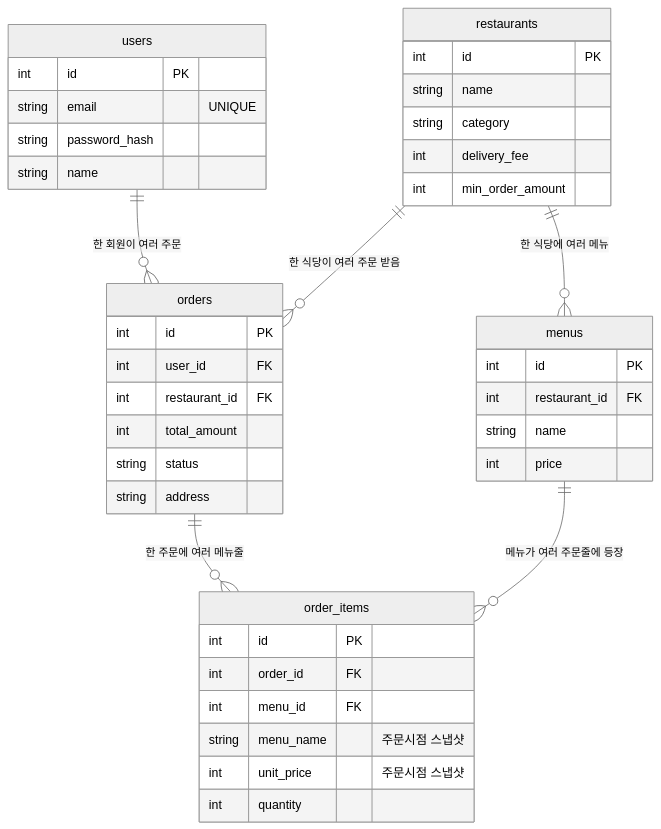
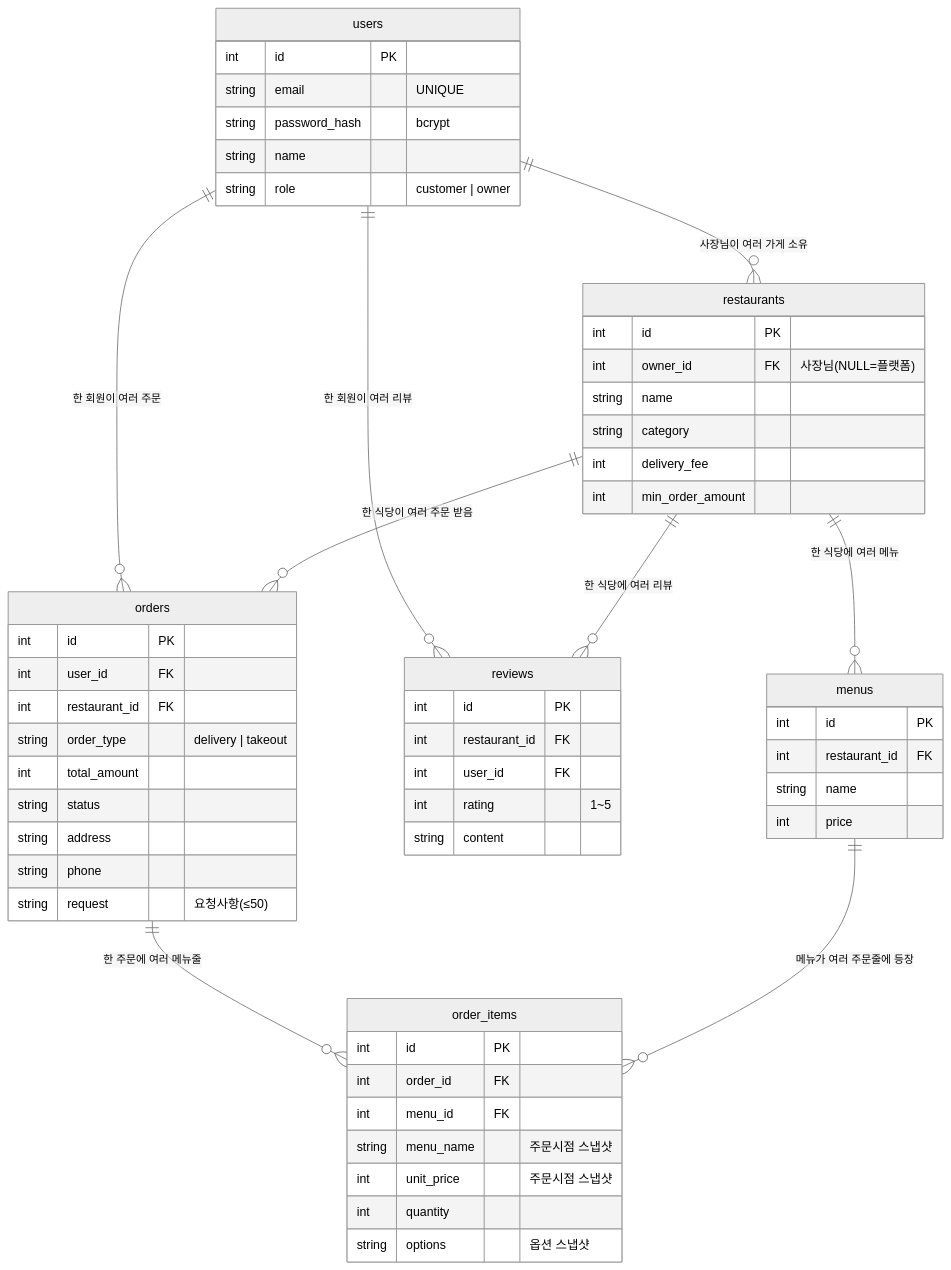
One commit to SeoYunPARKs/deliveryWeb changed the diagram in db/ERD.md. Above: the diagram before and after it, drawn with Mermaid (neutral theme). The commit also changed other lines of this file and 1 other file, not shown here.

Commit message:
docs: README/ERD를 추가 기능(역할/사장님/리뷰/포장/옵션)에 맞게 갱신

````diff
--- a/db/ERD.md
+++ b/db/ERD.md
@@ -7,44 +7,60 @@
 ```mermaid
 erDiagram
     users        ||--o{ orders       : "한 회원이 여러 주문"
+    users        ||--o{ restaurants  : "사장님이 여러 가게 소유"
+    users        ||--o{ reviews      : "한 회원이 여러 리뷰"
     restaurants  ||--o{ menus        : "한 식당에 여러 메뉴"
     restaurants  ||--o{ orders       : "한 식당이 여러 주문 받음"
+    restaurants  ||--o{ reviews      : "한 식당에 여러 리뷰"
     orders       ||--o{ order_items  : "한 주문에 여러 메뉴줄"
     menus        ||--o{ order_items  : "메뉴가 여러 주문줄에 등장"
 
     users {
         int id PK
         string email "UNIQUE"
-        string password_hash
+        string password_hash "bcrypt"
         string name
+        string role "customer | owner"
     }
     restaurants {
         int id PK
+        int owner_id FK "사장님(NULL=플랫폼)"
         string name
         string category
         int delivery_fee
         int min_order_amount
     }
     menus {
         int id PK
         int restaurant_id FK
         string name
         int price
     }
     orders {
         int id PK
         int user_id FK
         int restaurant_id FK
+        string order_type "delivery | takeout"
         int total_amount
         string status
         string address
+        string phone
+        string request "요청사항(≤50)"
     }
     order_items {
         int id PK
         int order_id FK
         int menu_id FK
         string menu_name "주문시점 스냅샷"
         int unit_price "주문시점 스냅샷"
         int quantity
+        string options "옵션 스냅샷"
+    }
+    reviews {
+        int id PK
+        int restaurant_id FK
+        int user_id FK
+        int rating "1~5"
+        string content
     }
 ```
````
